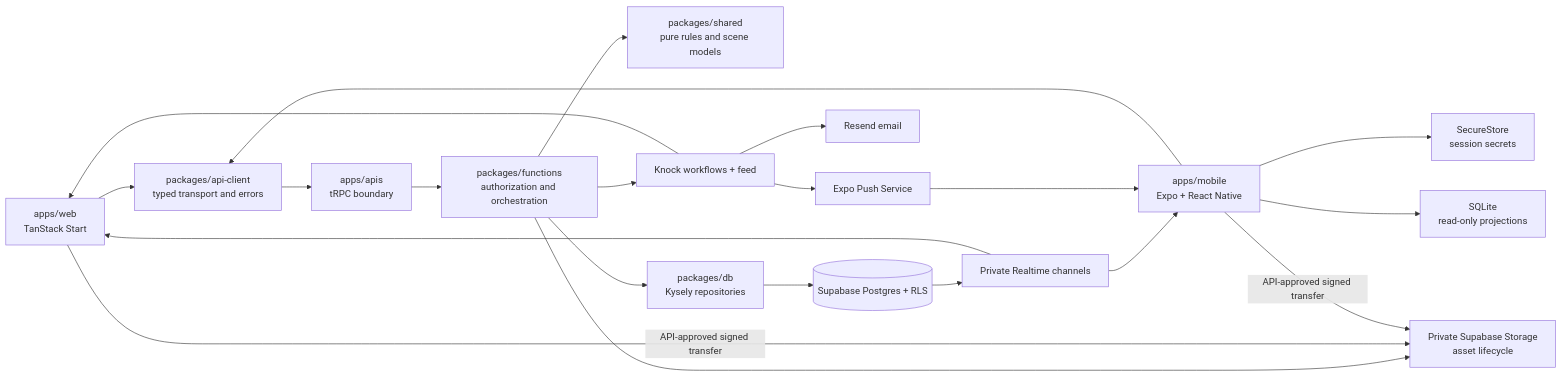
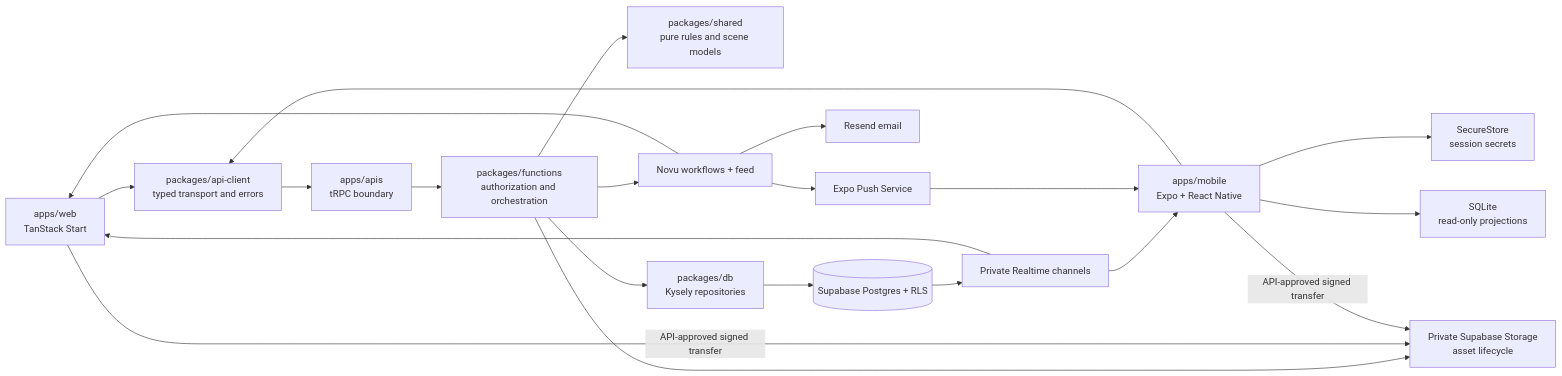
One commit to MPiland/artificer-toolkit changed the first of 2 diagrams in docs/roadmap/README.md. Above: the diagram before and after it, drawn with Mermaid. The commit also changed other lines of this file and 306 other files, not shown here.

````diff
--- a/docs/roadmap/README.md
+++ b/docs/roadmap/README.md
@@ -105,25 +105,25 @@
 ```mermaid
 flowchart LR
   Web["apps/web<br/>TanStack Start"] --> Client["packages/api-client<br/>typed transport and errors"]
   Mobile["apps/mobile<br/>Expo + React Native"] --> Client
   Client --> API["apps/apis<br/>tRPC boundary"]
   API --> Functions["packages/functions<br/>authorization and orchestration"]
   Functions --> Shared["packages/shared<br/>pure rules and scene models"]
   Functions --> DB["packages/db<br/>Kysely repositories"]
   DB --> PG[("Supabase Postgres + RLS")]
 
   PG --> RT["Private Realtime channels"]
   RT --> Web
   RT --> Mobile
 
   Mobile --> Secure["SecureStore<br/>session secrets"]
   Mobile --> Cache["SQLite<br/>read-only projections"]
-  Functions --> Notify["Knock workflows + feed"]
+  Functions --> Notify["Novu workflows + feed"]
   Notify --> Web
   Notify --> Email["Resend email"]
   Notify --> Push["Expo Push Service"]
   Push --> Mobile
   Functions --> Storage["Private Supabase Storage<br/>asset lifecycle"]
   Web -->|API-approved signed transfer| Storage
   Mobile -->|API-approved signed transfer| Storage
 ```
````
